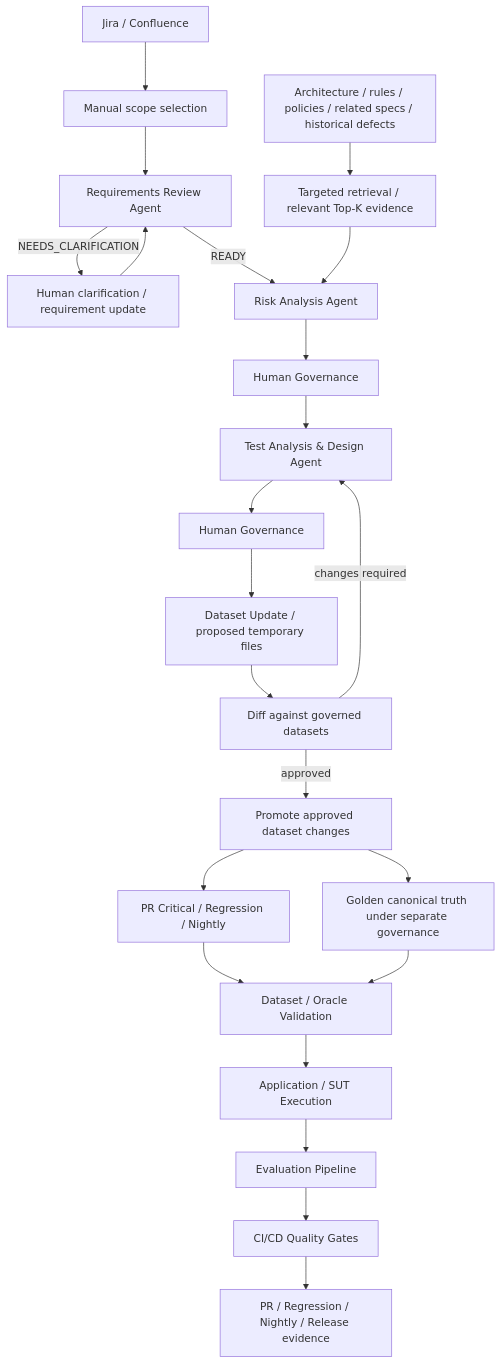
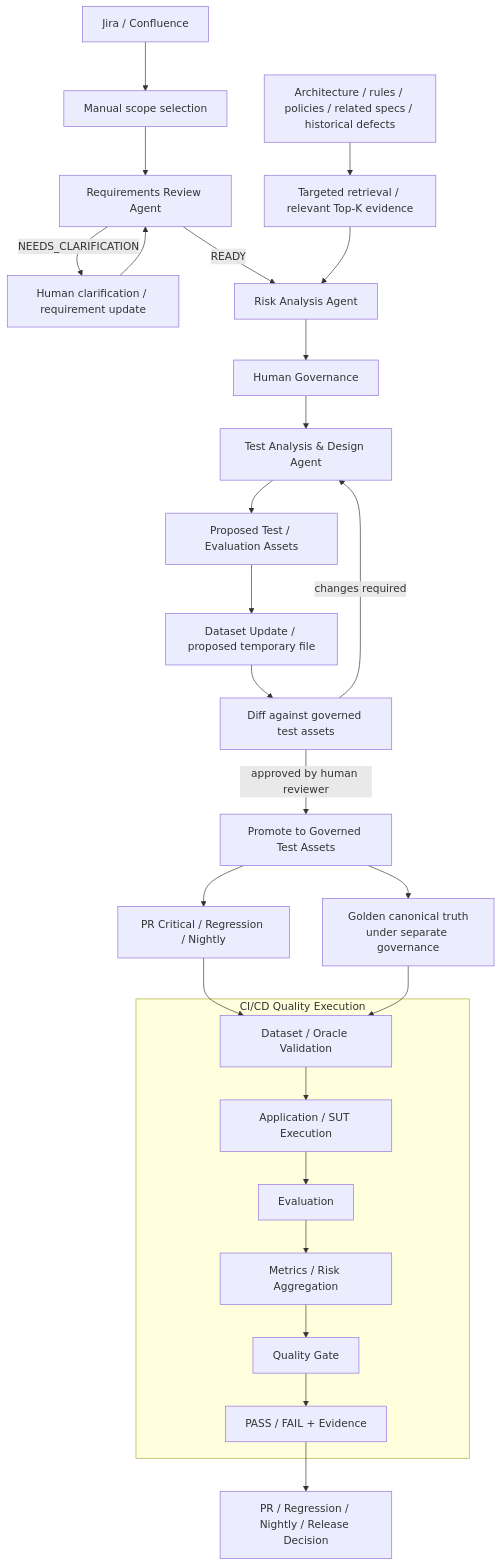
The third of 3 diagrams in docs/agentic_qe_orchestration.md (oleksandrserhieiev-beep/ai-qe-lab), drawn with Mermaid before and after one commit. The commit also changed other lines of this file, not shown here.

Commit message:
docs: align agentic target flow with governed assets and CI execution

````diff
--- a/docs/agentic_qe_orchestration.md
+++ b/docs/agentic_qe_orchestration.md
@@ -171,27 +176,35 @@
 ```mermaid
 flowchart TD
     SRC[Jira / Confluence] --> SCOPE[Manual scope selection]
     SCOPE --> RR[Requirements Review Agent]
     RR -->|NEEDS_CLARIFICATION| HC1[Human clarification / requirement update]
     HC1 --> RR
     RR -->|READY| RA[Risk Analysis Agent]
 
     KNOW[Architecture / rules / policies / related specs / historical defects] --> RET[Targeted retrieval / relevant Top-K evidence]
     RET --> RA
     RA --> HG1[Human Governance]
     HG1 --> TD[Test Analysis & Design Agent]
-    TD --> HG2[Human Governance]
-    HG2 --> DP[Dataset Update / proposed temporary files]
-    DP --> DIFF[Diff against governed datasets]
+    TD --> PROP[Proposed Test / Evaluation Assets]
+    PROP --> DP[Dataset Update / proposed temporary file]
+    DP --> DIFF[Diff against governed test assets]
     DIFF -->|changes required| TD
-    DIFF -->|approved| PROMOTE[Promote approved dataset changes]
+    DIFF -->|approved by human reviewer| PROMOTE[Promote to Governed Test Assets]
 
     PROMOTE --> SUITES[PR Critical / Regression / Nightly]
-    PROMOTE --> GOLDEN[Golden canonical truth under separate governance]
-    SUITES --> DV[Dataset / Oracle Validation]
+    PROMOTE --> GOLDEN[Golden canonical truth\nunder separate governance]
+
+    subgraph CICD[CI/CD Quality Execution]
+        DV[Dataset / Oracle Validation]
+        EX[Application / SUT Execution]
+        EV[Evaluation]
+        MET[Metrics / Risk Aggregation]
+        QG[Quality Gate]
+        EVID[PASS / FAIL + Evidence]
+        DV --> EX --> EV --> MET --> QG --> EVID
+    end
+
+    SUITES --> DV
     GOLDEN --> DV
-    DV --> EX[Application / SUT Execution]
-    EX --> EV[Evaluation Pipeline]
-    EV --> QG[CI/CD Quality Gates]
-    QG --> OUT[PR / Regression / Nightly / Release evidence]
+    EVID --> OUT[PR / Regression / Nightly / Release Decision]
 ```
````
